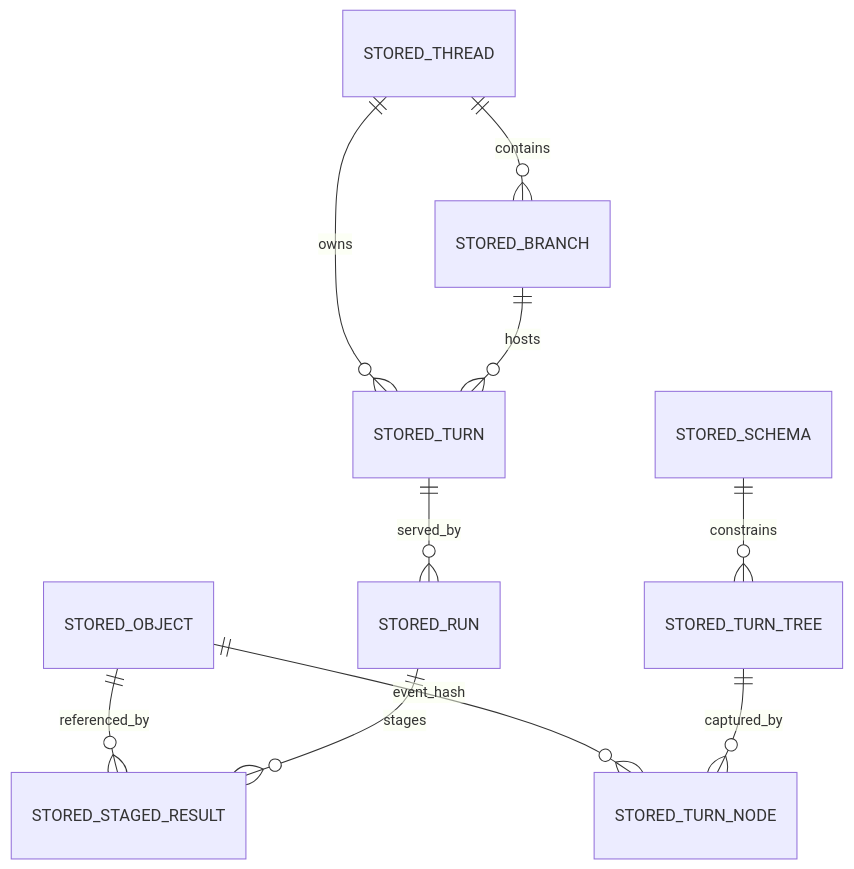
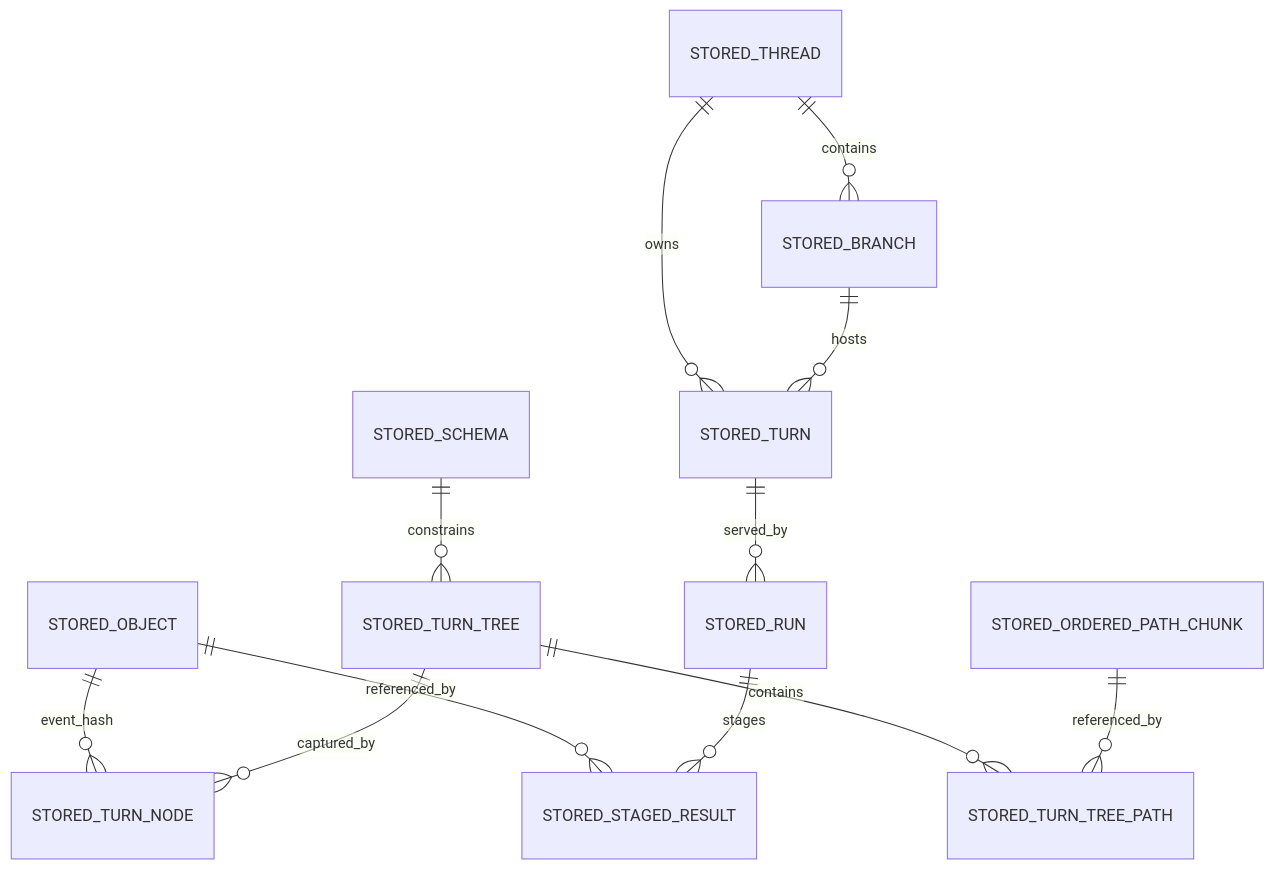
Before and after one commit to Tuvren/runtime: the diagram in constitution/TechSpec.md, drawn with Mermaid. The commit also changed other lines of this file, not shown here.

````diff
--- a/constitution/TechSpec.md
+++ b/constitution/TechSpec.md
@@ -180,12 +226,14 @@
 ```mermaid
 erDiagram
   STORED_OBJECT ||--o{ STORED_STAGED_RESULT : referenced_by
   STORED_OBJECT ||--o{ STORED_TURN_NODE : event_hash
   STORED_SCHEMA ||--o{ STORED_TURN_TREE : constrains
+  STORED_TURN_TREE ||--o{ STORED_TURN_TREE_PATH : contains
+  STORED_ORDERED_PATH_CHUNK ||--o{ STORED_TURN_TREE_PATH : referenced_by
   STORED_TURN_TREE ||--o{ STORED_TURN_NODE : captured_by
   STORED_THREAD ||--o{ STORED_BRANCH : contains
   STORED_THREAD ||--o{ STORED_TURN : owns
   STORED_BRANCH ||--o{ STORED_TURN : hosts
   STORED_TURN ||--o{ STORED_RUN : served_by
   STORED_RUN ||--o{ STORED_STAGED_RESULT : stages
 ```
````
